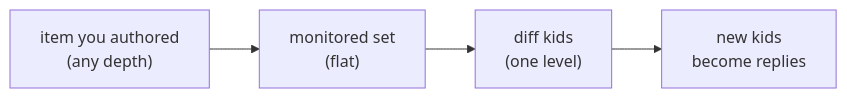
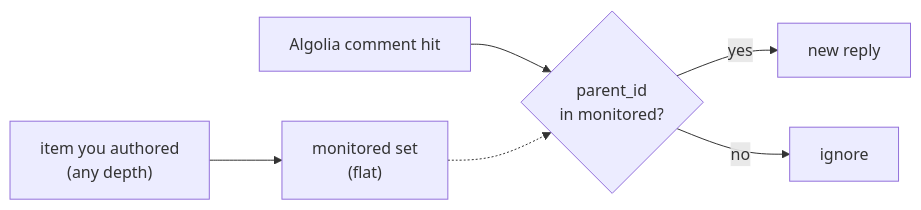
Before and after one commit to adam-s/hnswered: the second of 2 diagrams in README.md, drawn with Mermaid. The commit also changed other lines of this file and 48 other files, not shown here.

````diff
--- a/README.md
+++ b/README.md
@@ -61,6 +61,8 @@
 ```mermaid
 flowchart LR
     A["item you authored<br/>(any depth)"] --> M["monitored set<br/>(flat)"]
-    M --> P["diff kids<br/>(one level)"]
-    P --> R["new kids<br/>become replies"]
+    F["Algolia comment hit"] --> Q{"parent_id<br/>in monitored?"}
+    Q -- yes --> R["new reply"]
+    Q -- no --> X["ignore"]
+    M -.-> Q
 ```
````
